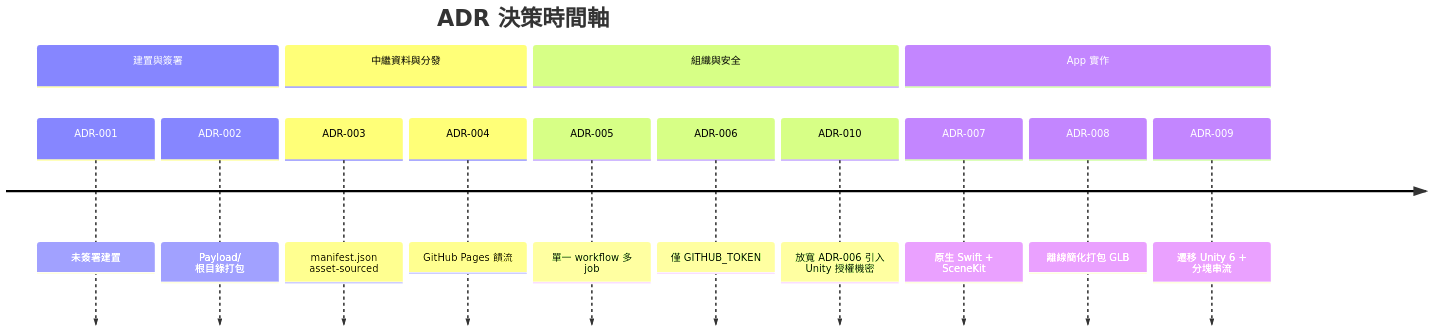
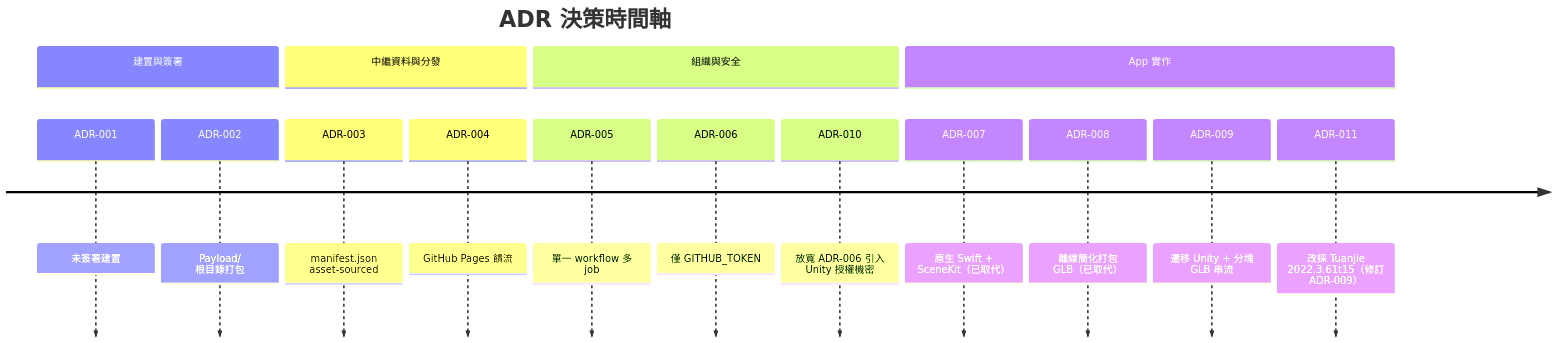
One commit to Mcc-Mak/ios-app changed the diagram in docbase/adr.md. Above: the diagram before and after it, drawn with Mermaid. The commit also changed other lines of this file and 37 other files, not shown here.

````diff
--- a/docbase/adr.md
+++ b/docbase/adr.md
@@ -5,18 +5,19 @@
 ```mermaid
 timeline
     title ADR 決策時間軸
     section 建置與簽署
         ADR-001 : 未簽署建置
         ADR-002 : Payload/ 根目錄打包
     section 中繼資料與分發
         ADR-003 : manifest.json asset-sourced
         ADR-004 : GitHub Pages 饋流
     section 組織與安全
         ADR-005 : 單一 workflow 多 job
         ADR-006 : 僅 GITHUB_TOKEN
         ADR-010 : 放寬 ADR-006 引入 Unity 授權機密
     section App 實作
-        ADR-007 : 原生 Swift + SceneKit
-        ADR-008 : 離線簡化打包 GLB
-        ADR-009 : 遷移 Unity 6 + 分塊串流
+        ADR-007 : 原生 Swift + SceneKit（已取代）
+        ADR-008 : 離線簡化打包 GLB（已取代）
+        ADR-009 : 遷移 Unity + 分塊 GLB 串流
+        ADR-011 : 改採 Tuanjie 2022.3.61t15（修訂 ADR-009）
 ```
````
